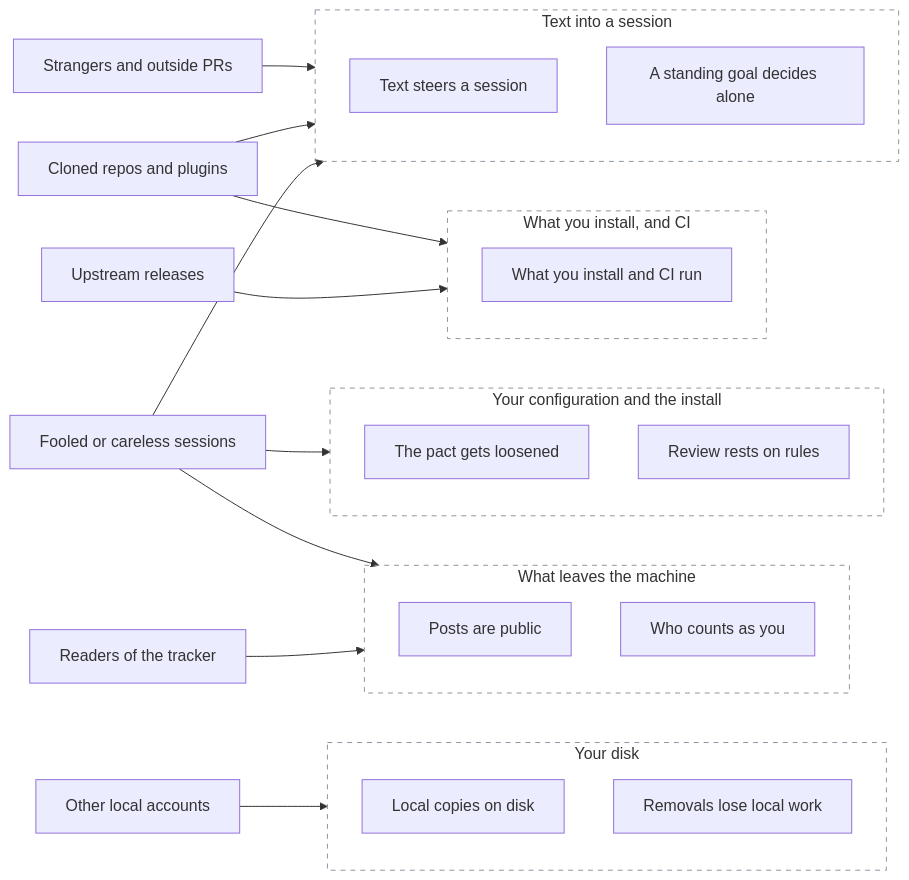
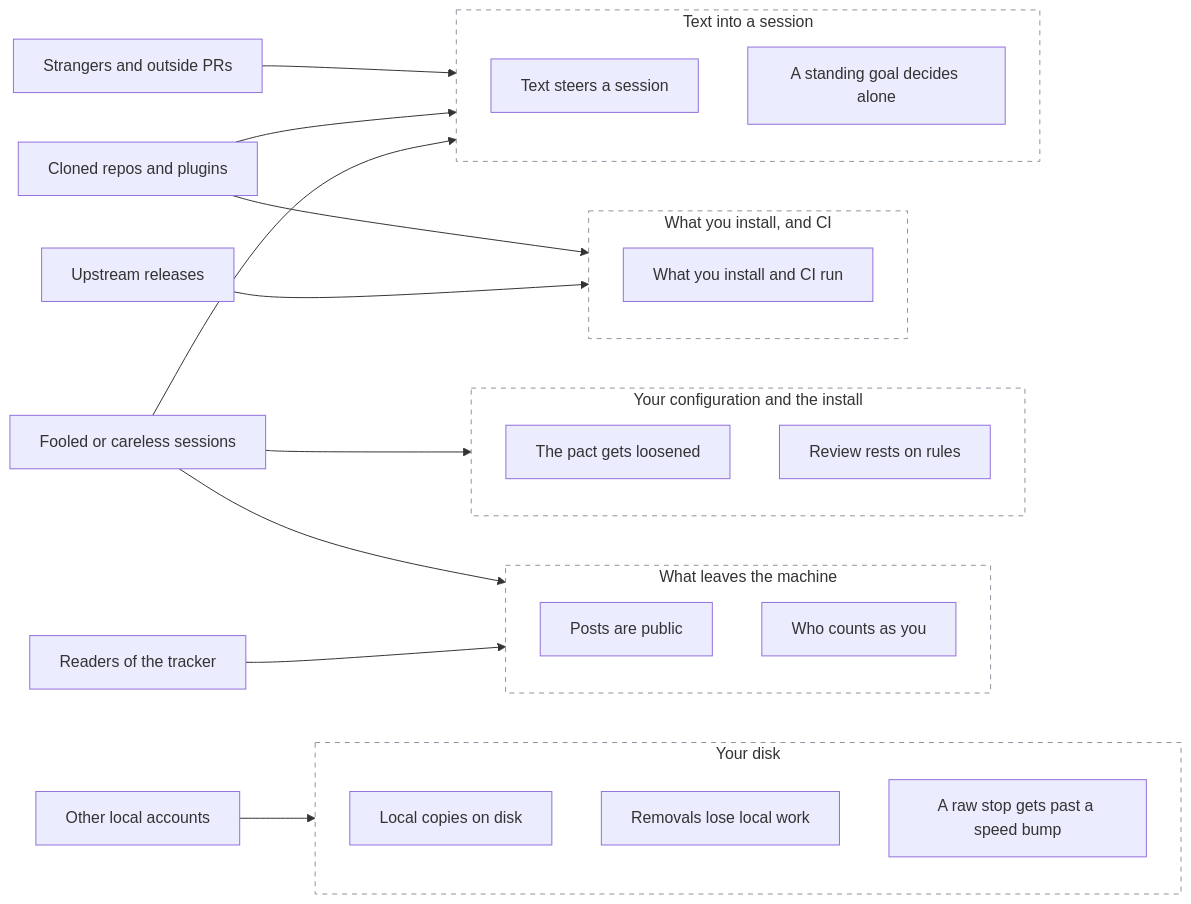
One commit to mephistopheles4/the-pact changed the second of 2 diagrams in docs/threat-model.md. Above: the diagram before and after it, drawn with Mermaid. The commit also changed other lines of this file and 19 other files, not shown here.

````diff
--- a/docs/threat-model.md
+++ b/docs/threat-model.md
@@ -73,45 +75,46 @@
 ```mermaid
 flowchart LR
   tracker["Strangers and outside PRs"]
   repo["Cloned repos and plugins"]
   upstream["Upstream releases"]
   session["Fooled or careless sessions"]
   readers["Readers of the tracker"]
   locals["Other local accounts"]
 
   subgraph B1["Text into a session"]
     T1["Text steers a session"]
     T2["A standing goal decides alone"]
   end
   subgraph B2["What you install, and CI"]
     T3["What you install and CI run"]
   end
   subgraph B3["Your configuration and the install"]
     T4["The pact gets loosened"]
     T5["Review rests on rules"]
   end
   subgraph B4["What leaves the machine"]
     T6["Posts are public"]
     T7["Who counts as you"]
   end
   subgraph B5["Your disk"]
     T8["Local copies on disk"]
     T9["Removals lose local work"]
+    T10["A raw stop gets past a speed bump"]
   end
 
   tracker --> B1
   repo --> B1
   repo --> B2
   upstream --> B2
   session --> B1
   session --> B3
   session --> B4
   readers --> B4
   locals --> B5
 
   style B1 fill:transparent,stroke:#8c959f,stroke-dasharray: 5 5
   style B2 fill:transparent,stroke:#8c959f,stroke-dasharray: 5 5
   style B3 fill:transparent,stroke:#8c959f,stroke-dasharray: 5 5
   style B4 fill:transparent,stroke:#8c959f,stroke-dasharray: 5 5
   style B5 fill:transparent,stroke:#8c959f,stroke-dasharray: 5 5
 ```
````
